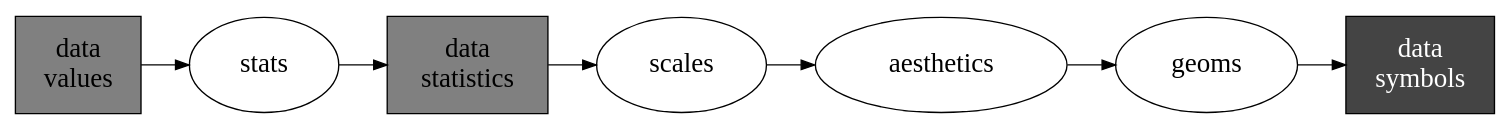
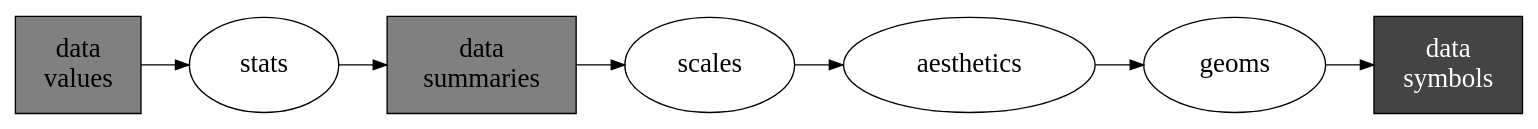
The diagram in Diagrams/data-stat-scale-aes-geom-sym.dot (pmur002/hdvw), drawn with Graphviz before and after one commit. The commit also changed 30 other files, not shown here.

```diff
--- a/Diagrams/data-stat-scale-aes-geom-sym.dot
+++ b/Diagrams/data-stat-scale-aes-geom-sym.dot
@@ -1,18 +1,18 @@
 digraph {
   graph [ rankdir=LR; margin=.2; nodesep=.5 ];
   node [ fontsize=20; fontname="sans bold"; margin=.2 ];
   data [ label="data\nvalues"; shape=box; style=filled; fillcolor=gray ]
   ggstat [ label="stats"; shape=ellipse; ]
-  stat [ label="data\nstatistics"; shape=box; style=filled; fillcolor=gray ]
+  stat [ label="data\nsummaries"; shape=box; style=filled; fillcolor=gray ]
   scale [ label="scales"; shape=ellipse; ]
   aes [ label="aesthetics"; shape=ellipse; ]
   geom [ label="geoms"; shape=ellipse; ]
   sym [ label="data\nsymbols"; shape=box;
         style=filled; fillcolor="#444444"; fontcolor=white ]
   data -> ggstat
   ggstat -> stat
   stat -> scale
   scale -> aes
   aes -> geom
   geom -> sym
 }
```
